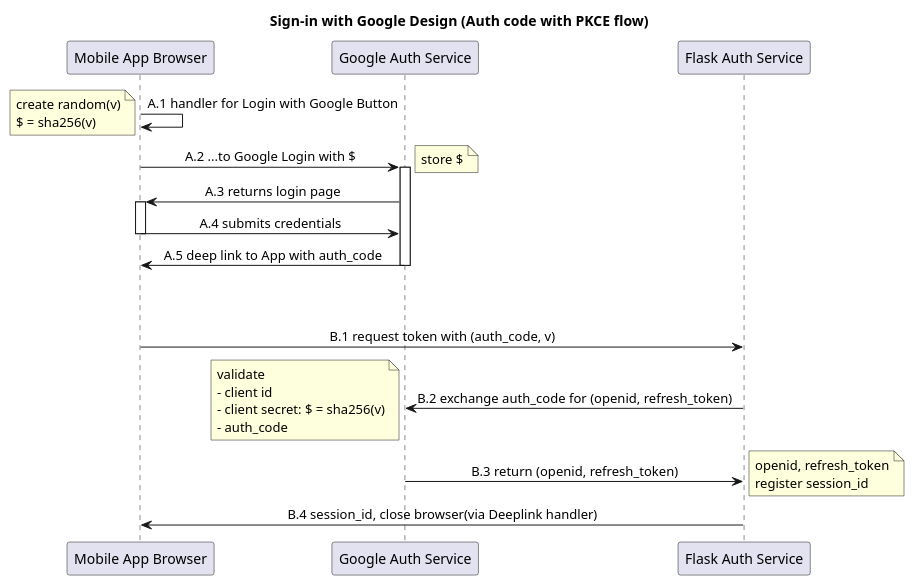
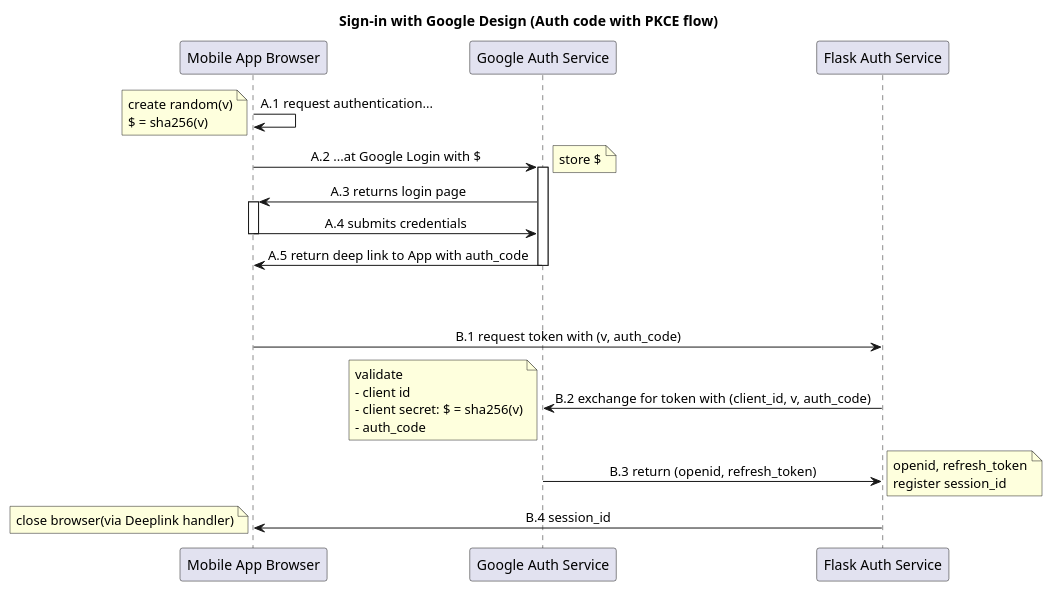
The diagram in img/user-auth-design/login-with-google.wsd (mkmojo/mkmojo.github.io), drawn with PlantUML before and after one commit. The commit also changed 1 other file, not shown here.

Commit message:
fix wording for login with google sequence diagram

```diff
--- a/img/user-auth-design/login-with-google.wsd
+++ b/img/user-auth-design/login-with-google.wsd
@@ -1,38 +1,41 @@
 @startuml
 skinparam SequenceMessageAlignment center
 
 title Sign-in with Google Design (Auth code with PKCE flow)
-"Mobile App Browser" -> "Mobile App Browser" : A.1 handler for Login with Google Button 
+"Mobile App Browser" -> "Mobile App Browser" : A.1 request authentication...
 note left
 create random(v)
 $ = sha256(v)
 end note
 
-"Mobile App Browser" -> "Google Auth Service": A.2 ...to Google Login with $
+"Mobile App Browser" -> "Google Auth Service": A.2 ...at Google Login with $
 activate "Google Auth Service"
 note right: store $
 "Mobile App Browser" <- "Google Auth Service": A.3 returns login page
 
 activate "Mobile App Browser"
 "Mobile App Browser" -> "Google Auth Service": A.4 submits credentials
 deactivate "Mobile App Browser"
-"Mobile App Browser" <- "Google Auth Service" : A.5 deep link to App with auth_code
+"Mobile App Browser" <- "Google Auth Service" : A.5 return deep link to App with auth_code
 deactivate "Google Auth Service"
 |||
 |||
-"Mobile App Browser" -> "Flask Auth Service" : B.1 request token with (auth_code, v)
-"Flask Auth Service" -> "Google Auth Service": B.2 exchange auth_code for (openid, refresh_token)
+"Mobile App Browser" -> "Flask Auth Service" : B.1 request token with (v, auth_code)
+"Flask Auth Service" -> "Google Auth Service": B.2 exchange for token with (client_id, v, auth_code)
 note left
     validate 
     - client id
     - client secret: $ = sha256(v)
     - auth_code
 end note
 "Google Auth Service" -> "Flask Auth Service": B.3 return (openid, refresh_token)
 note right
     openid, refresh_token
     register session_id
 end note
-"Flask Auth Service" -> "Mobile App Browser": B.4 session_id, close browser(via Deeplink handler)
+"Flask Auth Service" -> "Mobile App Browser": B.4 session_id
+note left
+close browser(via Deeplink handler)
+end note
 
 @enduml
```
